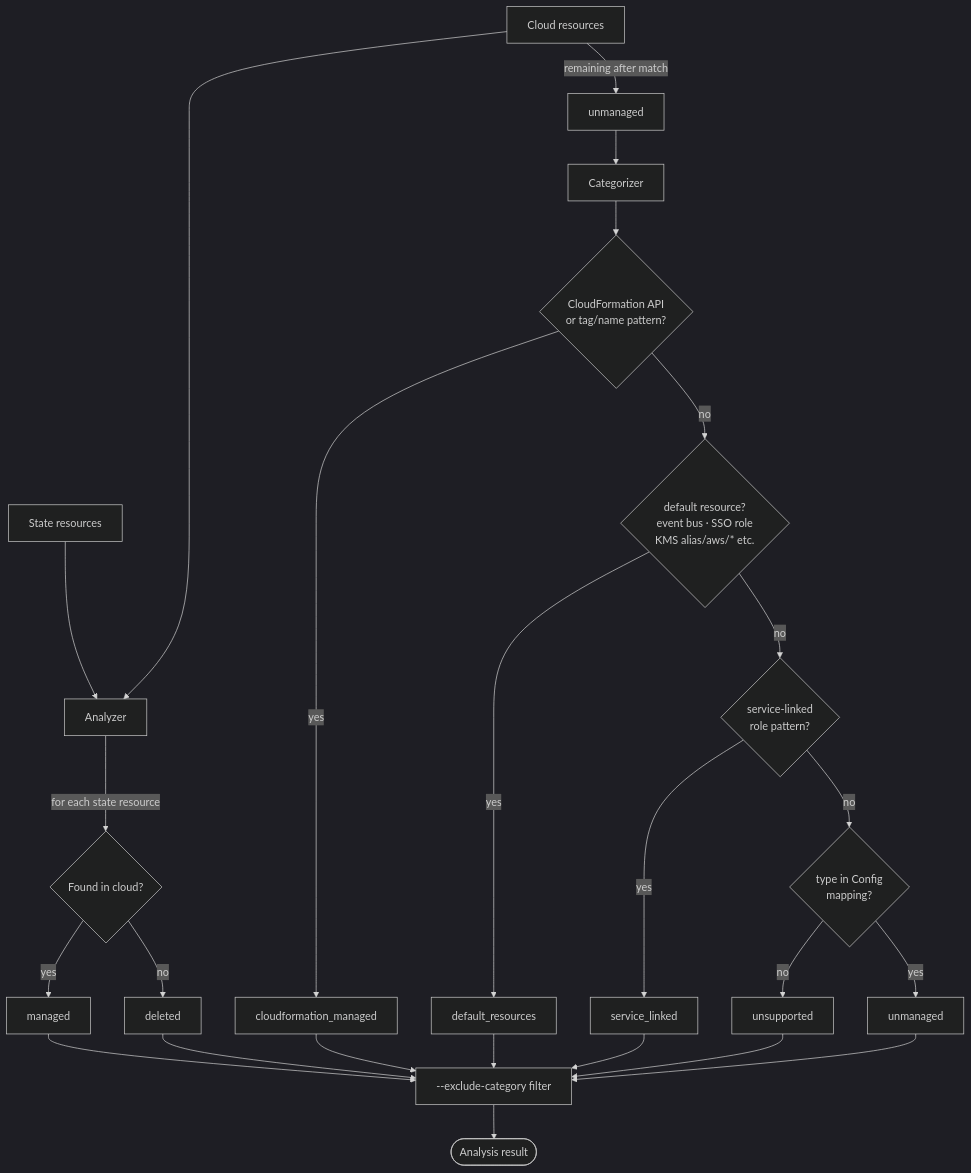
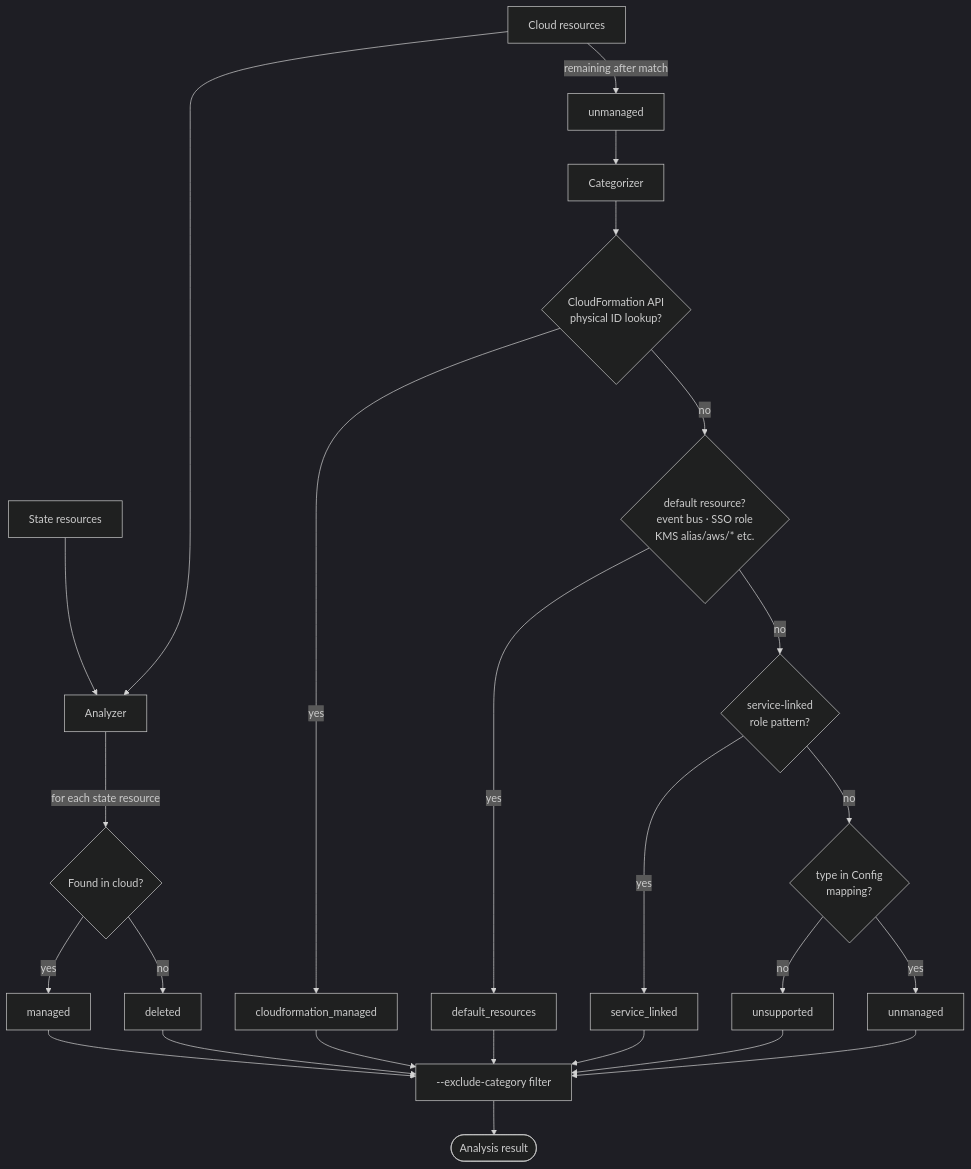
Before and after one commit to AgentWong/driftctl: the eighth of 12 diagrams in docs/code-logic-diagram.md, drawn with Mermaid (dark theme). The commit also changed other lines of this file, not shown here.

Commit message:
fix: update flowchart labels for clarity in code logic diagrams

````diff
--- a/docs/code-logic-diagram.md
+++ b/docs/code-logic-diagram.md
@@ -154,23 +154,23 @@
 ```mermaid
 flowchart TD
     StateRes[State resources] --> Analyzer
     CloudRes[Cloud resources] --> Analyzer
     Analyzer --> |for each state resource| Check{Found in cloud?}
     Check --> |yes| Managed[managed]
     Check --> |no| Deleted[deleted]
     CloudRes --> |remaining after match| Unmanaged[unmanaged]
     Unmanaged --> Categorizer
 
-    Categorizer --> CF{CloudFormation API<br>or tag/name pattern?}
+    Categorizer --> CF{CloudFormation API<br>physical ID lookup?}
     CF --> |yes| CFManaged[cloudformation_managed]
     CF --> |no| DR{default resource?<br>event bus · SSO role<br>KMS alias/aws/* etc.}
     DR --> |yes| DefManaged[default_resources]
     DR --> |no| SL{service-linked<br>role pattern?}
     SL --> |yes| SLManaged[service_linked]
     SL --> |no| US{type in Config<br>mapping?}
     US --> |no| Unsupported[unsupported]
     US --> |yes| StillUnmanaged[unmanaged]
 
     Managed & Deleted & CFManaged & DefManaged & SLManaged & Unsupported & StillUnmanaged --> ExcludeFilter[--exclude-category filter]
     ExcludeFilter --> Analysis([Analysis result])
 ```
````
